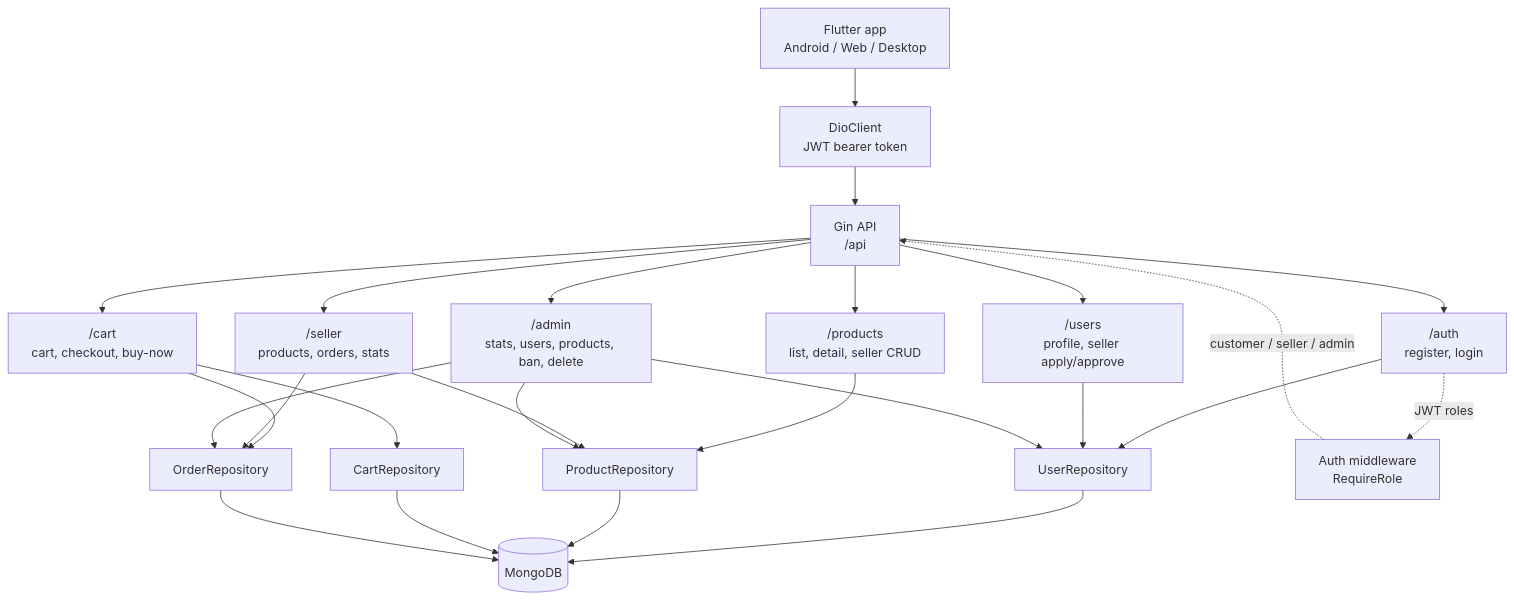
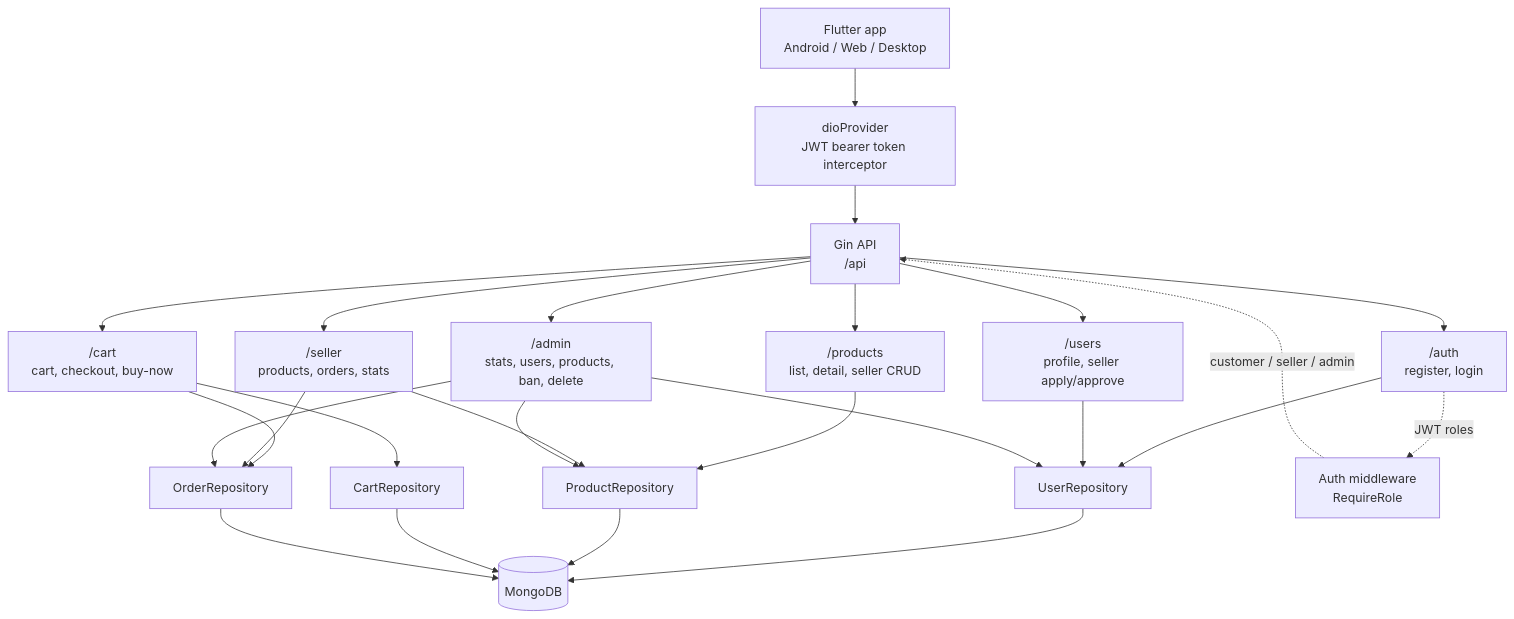
The diagram in README.md (darklordemperor/Fullstack_ecommerceApp), drawn with Mermaid before and after one commit. The commit also changed other lines of this file and 45 other files, not shown here.

````diff
--- a/README.md
+++ b/README.md
@@ -112,31 +182,31 @@
 ```mermaid
 flowchart TD
-    Client["Flutter app\nAndroid / Web / Desktop"] --> Dio["DioClient\nJWT bearer token"]
+    Client["Flutter app\nAndroid / Web / Desktop"] --> Dio["dioProvider\nJWT bearer token interceptor"]
     Dio --> API["Gin API\n/api"]
 
     API --> Auth["/auth\nregister, login"]
     API --> Users["/users\nprofile, seller apply/approve"]
     API --> Products["/products\nlist, detail, seller CRUD"]
     API --> Cart["/cart\ncart, checkout, buy-now"]
     API --> Seller["/seller\nproducts, orders, stats"]
     API --> Admin["/admin\nstats, users, products, ban, delete"]
 
     Auth --> UserRepo["UserRepository"]
     Users --> UserRepo
     Products --> ProductRepo["ProductRepository"]
     Cart --> CartRepo["CartRepository"]
     Cart --> OrderRepo["OrderRepository"]
     Seller --> ProductRepo
     Seller --> OrderRepo
     Admin --> UserRepo
     Admin --> ProductRepo
     Admin --> OrderRepo
 
     UserRepo --> Mongo[("MongoDB")]
     ProductRepo --> Mongo
     CartRepo --> Mongo
     OrderRepo --> Mongo
 
     Auth -. "JWT roles" .-> Middleware["Auth middleware\nRequireRole"]
     Middleware -. "customer / seller / admin" .-> API
 ```
````
